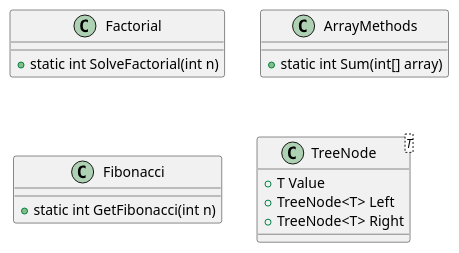
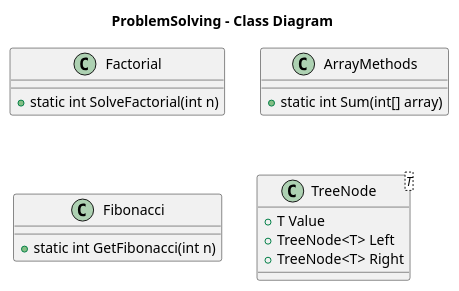
The diagram in ProblemSolving/uml/problem-solving-class-diagram.puml (drccastillo/csharp-course), drawn with PlantUML before and after one commit. The commit also changed 12 other files, not shown here.

```diff
--- a/ProblemSolving/uml/problem-solving-class-diagram.puml
+++ b/ProblemSolving/uml/problem-solving-class-diagram.puml
@@ -1,16 +1,17 @@
 @startuml
+title ProblemSolving - Class Diagram
 class Factorial {
   +static int SolveFactorial(int n)
 }
 class ArrayMethods {
   +static int Sum(int[] array)
 }
 class Fibonacci {
   +static int GetFibonacci(int n)
 }
 class TreeNode<T> {
   +T Value
   +TreeNode<T> Left
   +TreeNode<T> Right
 }
 @enduml
```
